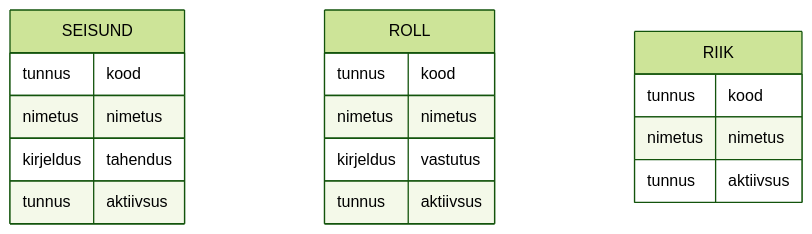
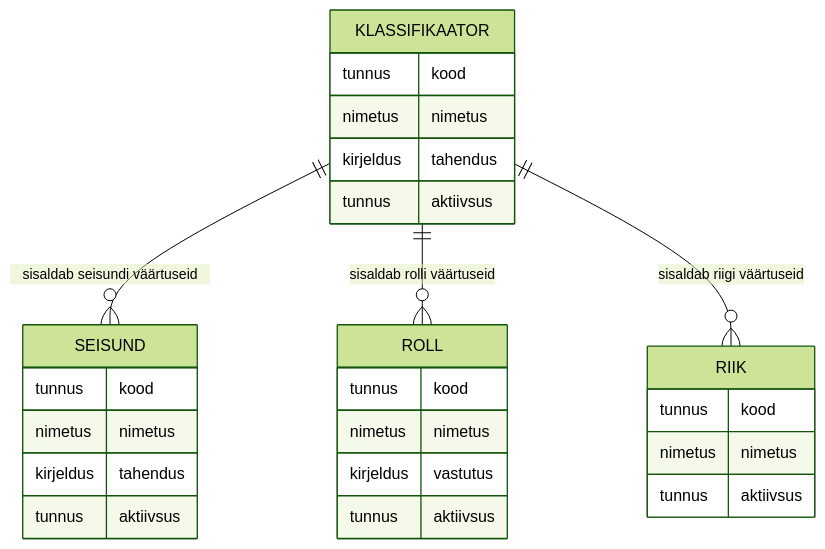
Before and after one commit to tamkivi/andmebaasid-projekt: the diagram in diagrams/15_classifiers_register.mmd, drawn with Mermaid (forest theme). The commit also changed 19 other files, not shown here.

```diff
--- a/diagrams/15_classifiers_register.mmd
+++ b/diagrams/15_classifiers_register.mmd
@@ -1,18 +1,28 @@
 erDiagram
+    KLASSIFIKAATOR ||--o{ SEISUND : "sisaldab seisundi väärtuseid"
+    KLASSIFIKAATOR ||--o{ ROLL : "sisaldab rolli väärtuseid"
+    KLASSIFIKAATOR ||--o{ RIIK : "sisaldab riigi väärtuseid"
+
+    KLASSIFIKAATOR {
+        tunnus kood
+        nimetus nimetus
+        kirjeldus tahendus
+        tunnus aktiivsus
+    }
     SEISUND {
         tunnus kood
         nimetus nimetus
         kirjeldus tahendus
         tunnus aktiivsus
     }
     ROLL {
         tunnus kood
         nimetus nimetus
         kirjeldus vastutus
         tunnus aktiivsus
     }
     RIIK {
         tunnus kood
         nimetus nimetus
         tunnus aktiivsus
     }
```
